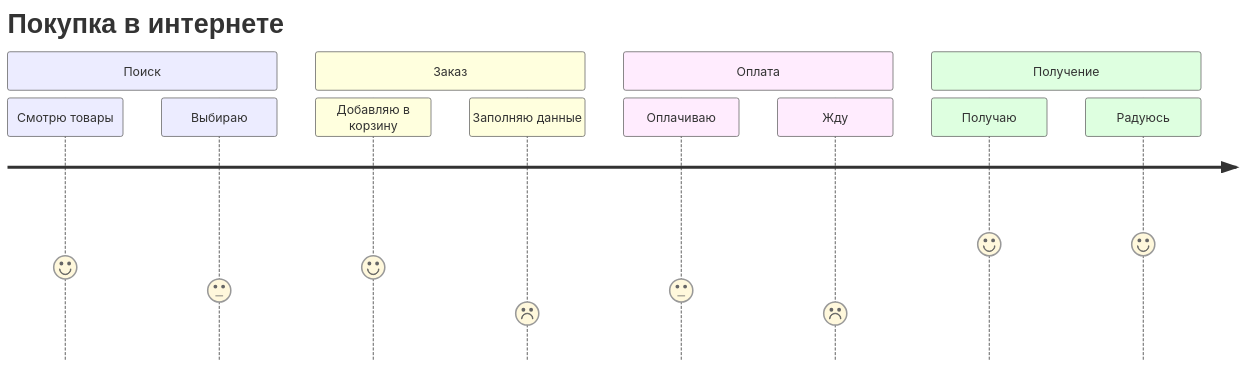
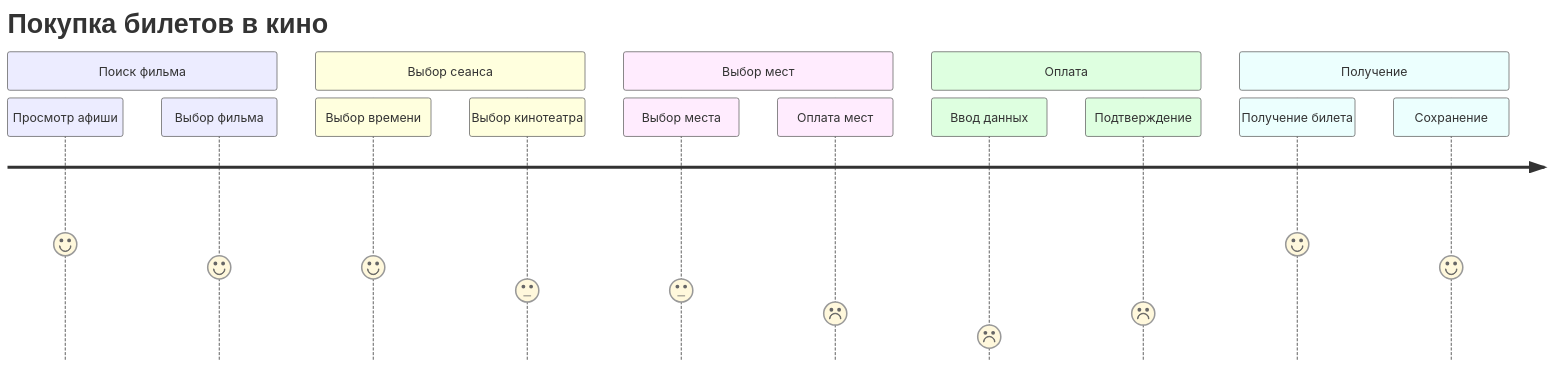
One commit to Evgeny65ok/mermaid-diagrams changed the sixth of 9 diagrams in README.md. Above: the diagram before and after it, drawn with Mermaid. The commit also changed other lines of this file, not shown here.

````diff
--- a/README.md
+++ b/README.md
@@ -106,16 +138,19 @@
 ```mermaid
 journey
-    title Покупка в интернете
-    section Поиск
-      Смотрю товары: 4
-      Выбираю: 3
-    section Заказ
-      Добавляю в корзину: 4
-      Заполняю данные: 2
+    title Покупка билетов в кино
+    section Поиск фильма
+      Просмотр афиши: 5
+      Выбор фильма: 4
+    section Выбор сеанса
+      Выбор времени: 4
+      Выбор кинотеатра: 3
+    section Выбор мест
+      Выбор места: 3
+      Оплата мест: 2
     section Оплата
-      Оплачиваю: 3
-      Жду: 2
+      Ввод данных: 1
+      Подтверждение: 2
     section Получение
-      Получаю: 5
-      Радуюсь: 5
+      Получение билета: 5
+      Сохранение: 4
 ```
````
